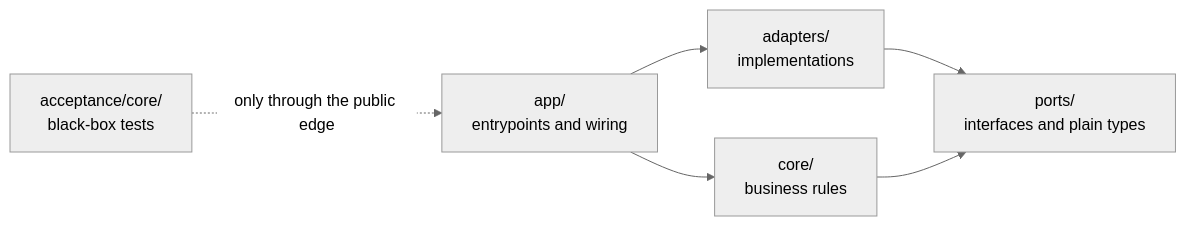
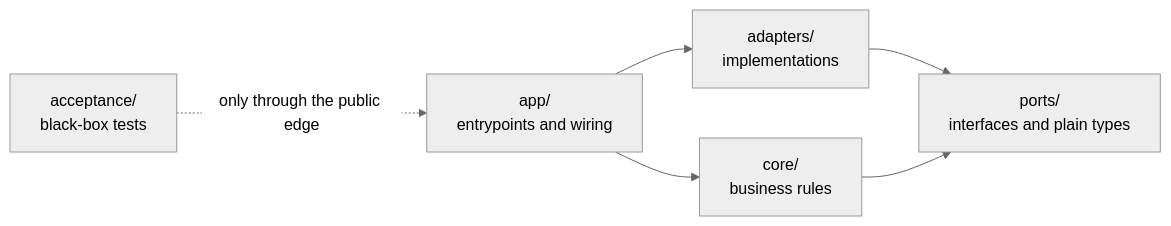
The diagram in docs/architecture.md (lightguardian/teseu-driven-development-template), drawn with Mermaid (neutral theme) before and after one commit. The commit also changed other lines of this file and 18 other files, not shown here.

First line of the commit message:
feat(spec): add demand kinds and one black-box test per feature

````diff
--- a/docs/architecture.md
+++ b/docs/architecture.md
@@ -22,8 +22,8 @@
 ```mermaid
 flowchart LR
   App["app/<br/>entrypoints and wiring"] --> Core["core/<br/>business rules"]
   App --> Adapters["adapters/<br/>implementations"]
   Adapters --> Ports["ports/<br/>interfaces and plain types"]
   Core --> Ports
-  Tests["acceptance/core/<br/>black-box tests"] -. "only through the public edge" .-> App
+  Tests["acceptance/<br/>black-box tests"] -. "only through the public edge" .-> App
 ```
````
